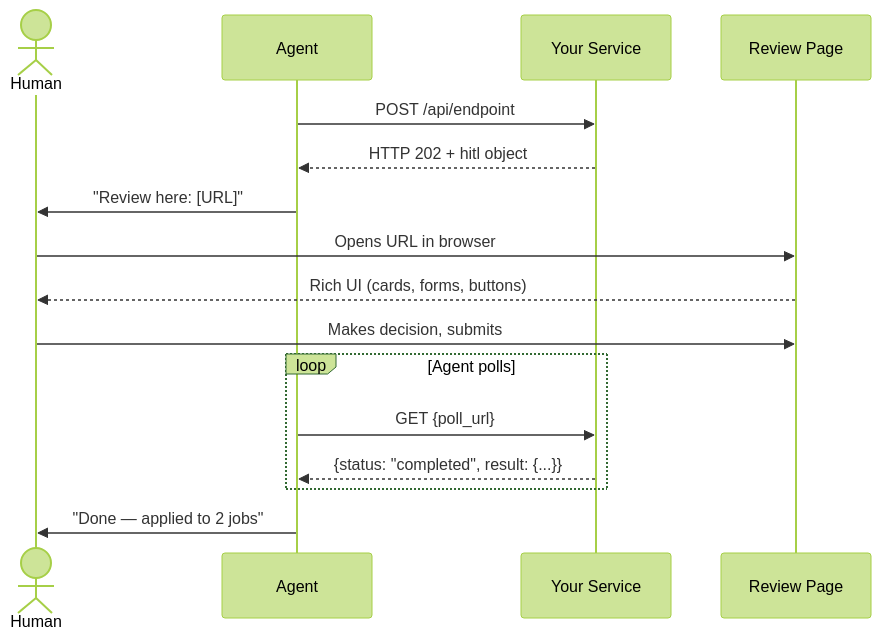
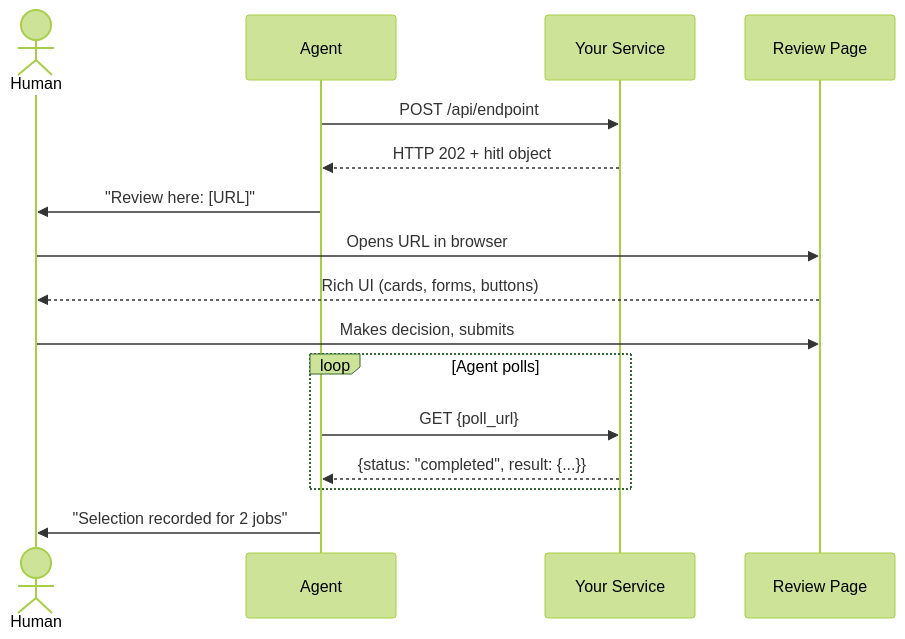
Before and after one commit to rotorstar/hitl-protocol: the first of 8 diagrams in docs/quick-start.md, drawn with Mermaid (forest theme). The commit also changed other lines of this file and 190 other files, not shown here.

````diff
--- a/docs/quick-start.md
+++ b/docs/quick-start.md
@@ -31,19 +33,19 @@
 ```mermaid
 sequenceDiagram
     actor H as Human
     participant A as Agent
     participant S as Your Service
     participant P as Review Page
 
     A->>S: POST /api/endpoint
     S-->>A: HTTP 202 + hitl object
     A->>H: "Review here: [URL]"
     H->>P: Opens URL in browser
     P-->>H: Rich UI (cards, forms, buttons)
     H->>P: Makes decision, submits
     loop Agent polls
         A->>S: GET {poll_url}
         S-->>A: {status: "completed", result: {...}}
     end
-    A->>H: "Done — applied to 2 jobs"
+    A->>H: "Selection recorded for 2 jobs"
 ```
````
